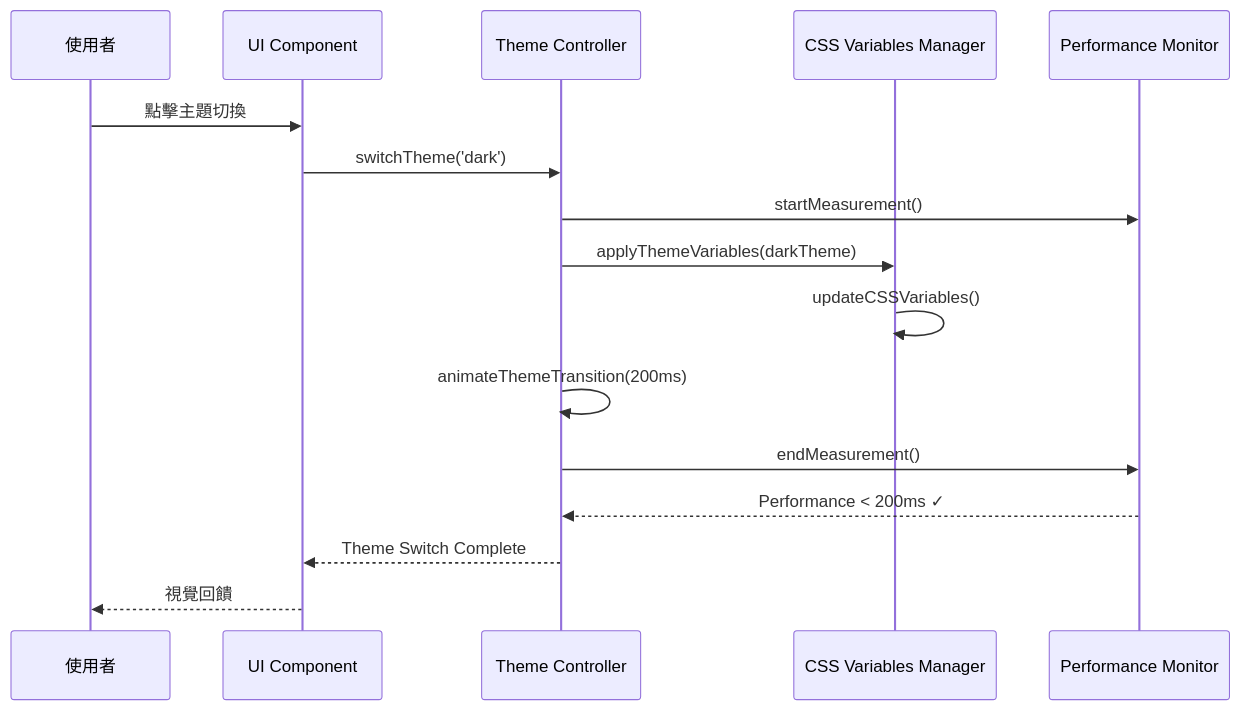
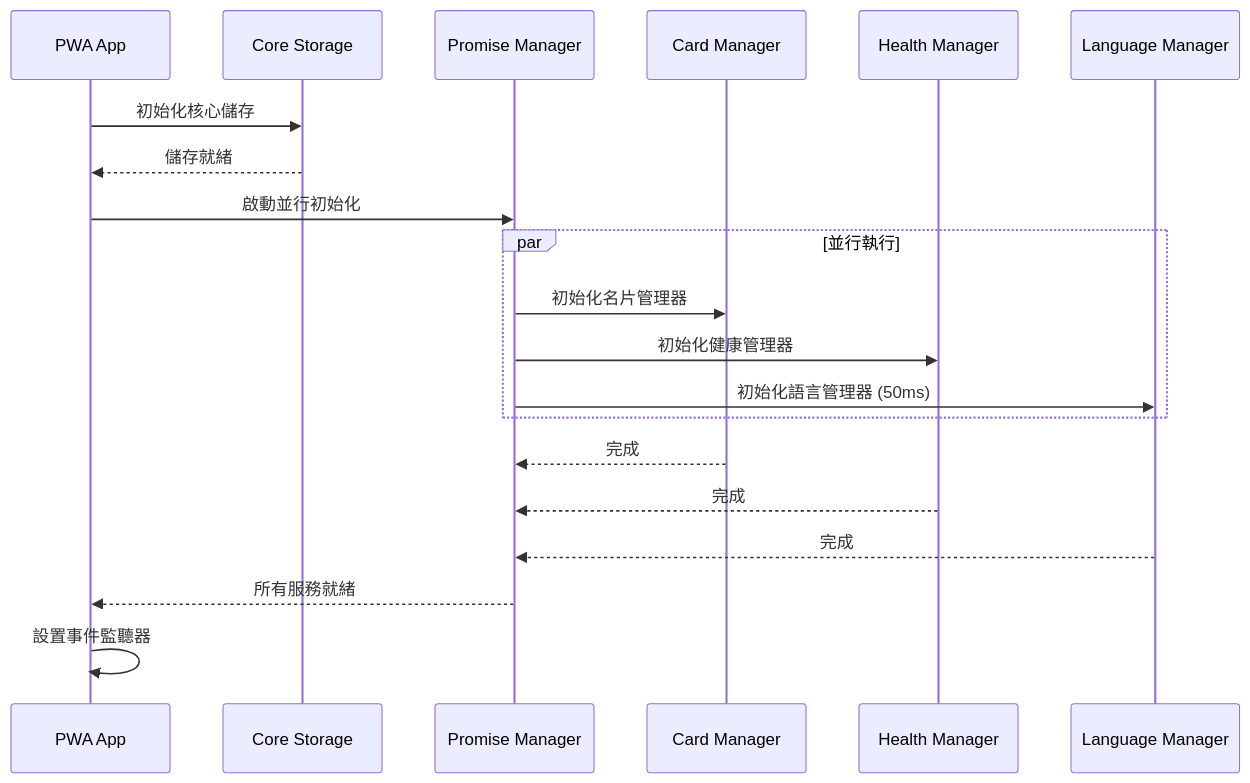
The second of 5 diagrams in docs/design.md (iim0663418/DB-Card), drawn with Mermaid before and after one commit. The commit also changed other lines of this file and 19 other files, not shown here.

````diff
--- a/docs/design.md
+++ b/docs/design.md
@@ -235,19 +70,27 @@
 ```mermaid
 sequenceDiagram
-    participant User as 使用者
-    participant UI as UI Component
-    participant TC as Theme Controller
-    participant CVM as CSS Variables Manager
-    participant PM as Performance Monitor
+    participant App as PWA App
+    participant Storage as Core Storage
+    participant PM as Promise Manager
+    participant CM as Card Manager
+    participant HM as Health Manager
+    participant LM as Language Manager
     
-    User->>UI: 點擊主題切換
-    UI->>TC: switchTheme('dark')
-    TC->>PM: startMeasurement()
-    TC->>CVM: applyThemeVariables(darkTheme)
-    CVM->>CVM: updateCSSVariables()
-    TC->>TC: animateThemeTransition(200ms)
-    TC->>PM: endMeasurement()
-    PM-->>TC: Performance < 200ms ✓
-    TC-->>UI: Theme Switch Complete
-    UI-->>User: 視覺回饋
+    App->>Storage: 初始化核心儲存
+    Storage-->>App: 儲存就緒
+    
+    App->>PM: 啟動並行初始化
+    
+    par 並行執行
+        PM->>CM: 初始化名片管理器
+        PM->>HM: 初始化健康管理器
+        PM->>LM: 初始化語言管理器 (50ms)
+    end
+    
+    CM-->>PM: 完成
+    HM-->>PM: 完成
+    LM-->>PM: 完成
+    
+    PM-->>App: 所有服務就緒
+    App->>App: 設置事件監聽器
 ```
````
